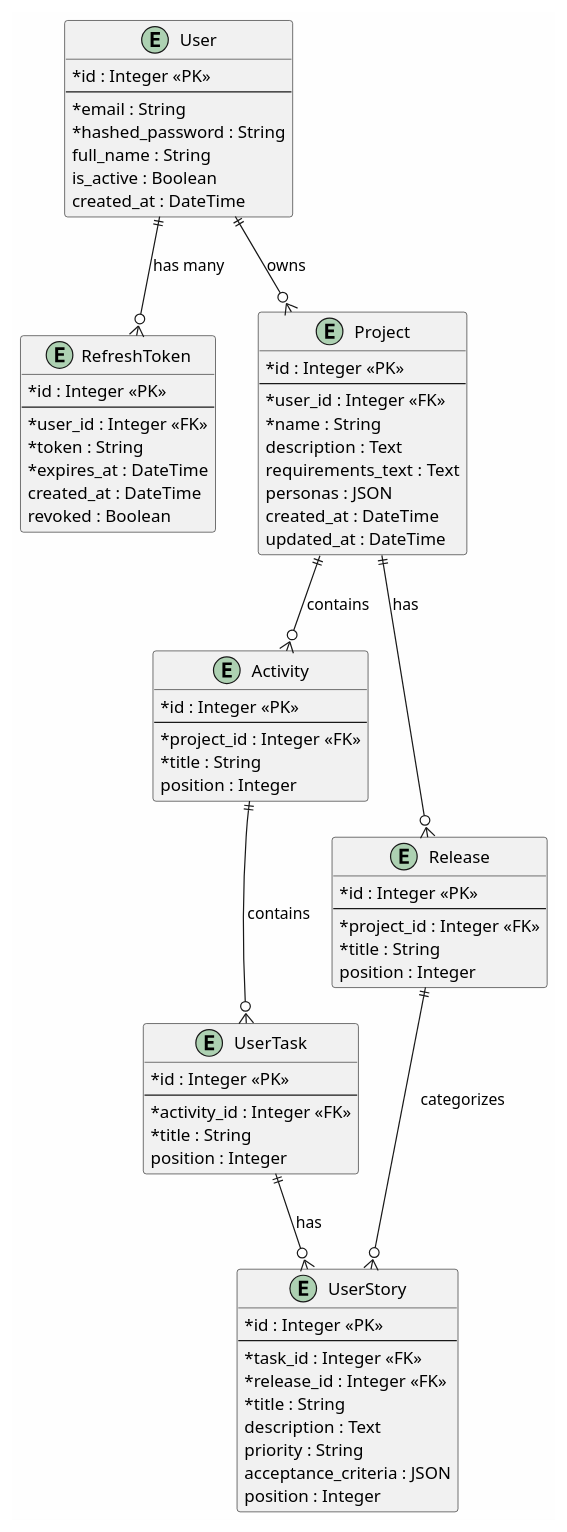
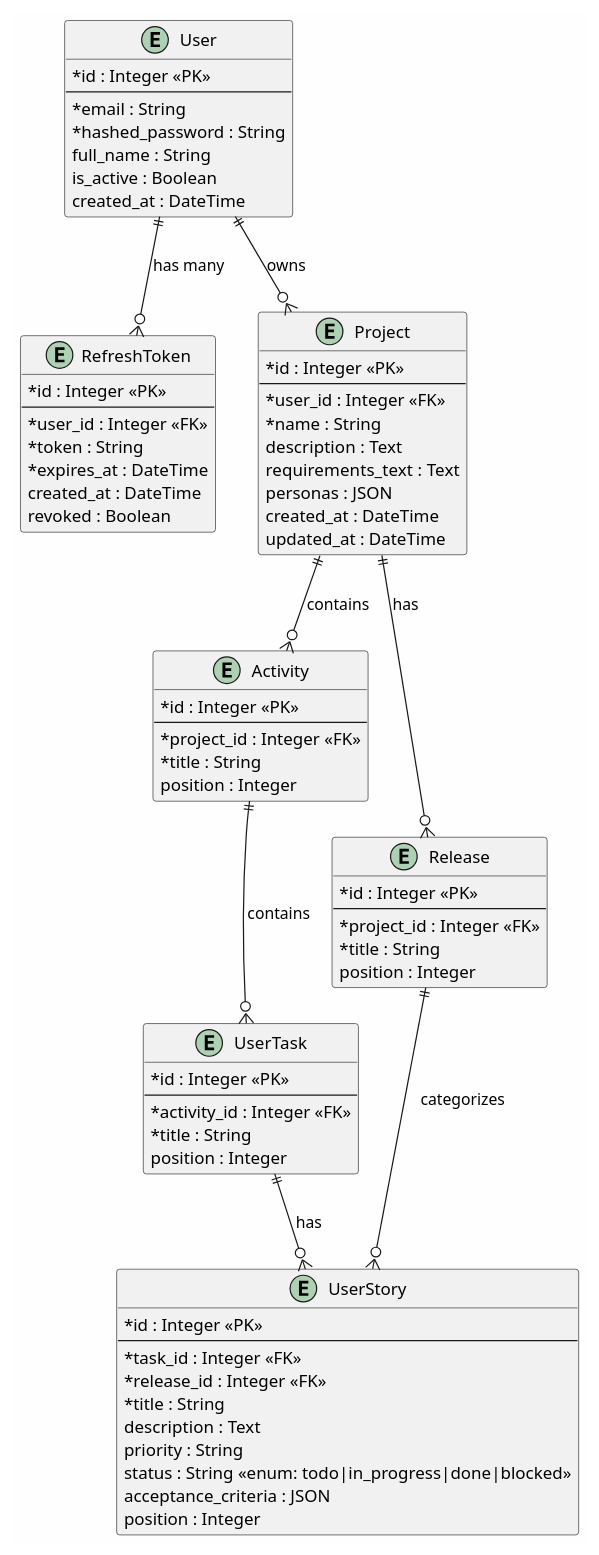
One commit to smarr68tmb-hash/user_stories_map changed the second of 12 diagrams in ARCHITECTURE.md. Above: the diagram before and after it, drawn with PlantUML. The commit also changed other lines of this file and 4 other files, not shown here.

Commit message:
docs: refresh architecture diagrams and ai flow

```diff
--- a/ARCHITECTURE.md
+++ b/ARCHITECTURE.md
@@ -349,6 +374,7 @@
   * title : String
   description : Text
   priority : String
+  status : String <<enum: todo|in_progress|done|blocked>>
   acceptance_criteria : JSON
   position : Integer
 }
```
